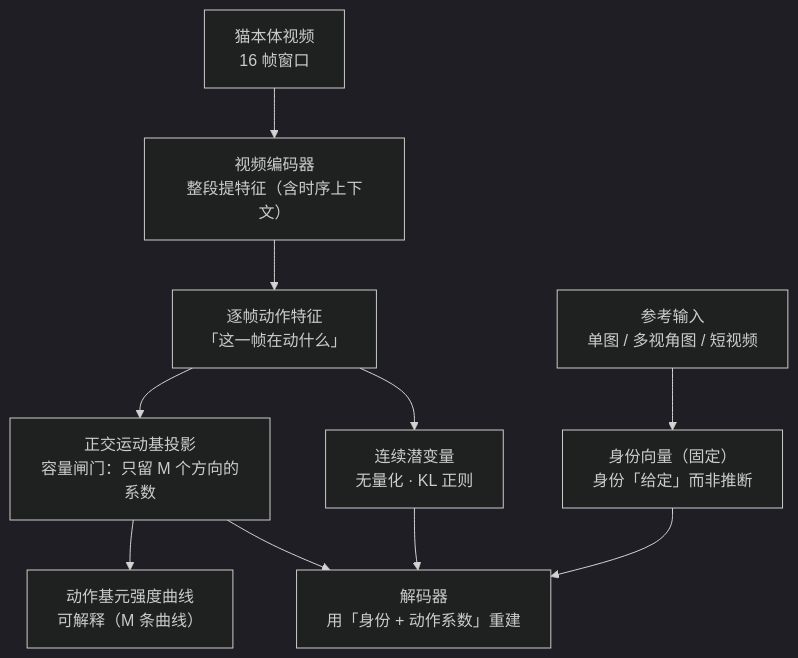
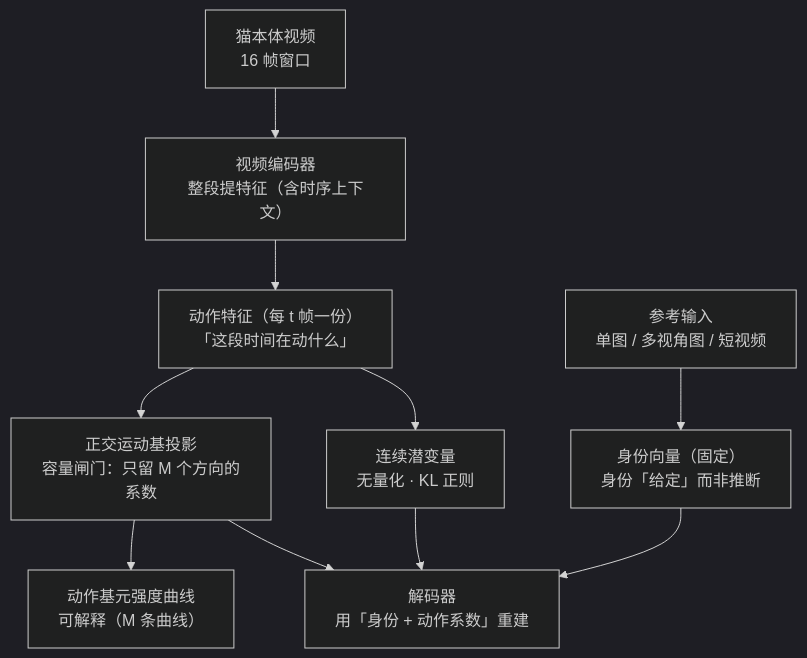
Before and after one commit to gongshangzheng/pet-action-recognition: the third of 7 diagrams in management/docs/architecture.md, drawn with Mermaid (dark theme). The commit also changed other lines of this file and 4 other files, not shown here.

````diff
--- a/management/docs/architecture.md
+++ b/management/docs/architecture.md
@@ -181,14 +181,14 @@
 ```mermaid
 flowchart TD
     M1[猫本体视频<br/>16 帧窗口] --> M2["视频编码器<br/>整段提特征（含时序上下文）"]
-    M2 --> M5["逐帧动作特征<br/>「这一帧在动什么」"]
+    M2 --> M5["动作特征（每 t 帧一份）<br/>「这段时间在动什么」"]
 
     M5 --> M7["正交运动基投影<br/>容量闸门：只留 M 个方向的系数"]
     M7 --> M8["动作基元强度曲线<br/>可解释（M 条曲线）"]
 
     M5 --> M6[连续潜变量<br/>无量化 · KL 正则]
     M6 --> M9["解码器<br/>用「身份 + 动作系数」重建"]
     R1["参考输入<br/>单图 / 多视角图 / 短视频"] --> M10["身份向量（固定）<br/>身份「给定」而非推断"]
     M10 --> M9
     M7 --> M9
 ```
````
